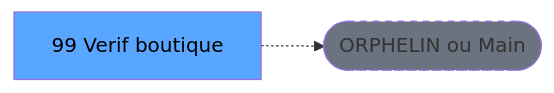
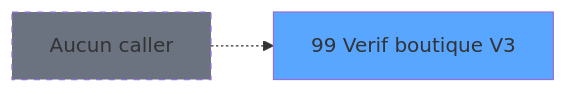
The second of 3 diagrams in .openspec/specs/ADH-IDE-99.md (thonyAGP/magic-migration), drawn with Mermaid before and after one commit. The commit also changed other lines of this file and 311 other files, not shown here.

````diff
--- a/.openspec/specs/ADH-IDE-99.md
+++ b/.openspec/specs/ADH-IDE-99.md
@@ -121,8 +174,8 @@
 ```mermaid
 graph LR
-    T[99 Verif boutique ]
-    ORPHAN([ORPHELIN ou Main])
-    T -.-> ORPHAN
-    style T fill:#58a6ff,color:#000
-    style ORPHAN fill:#6b7280,stroke-dasharray: 5 5
+    T99[99 Verif boutique V3]
+    style T99 fill:#58a6ff
+    NONE[Aucun caller]
+    NONE -.-> T99
+    style NONE fill:#6b7280,stroke-dasharray: 5 5
 ```
````
